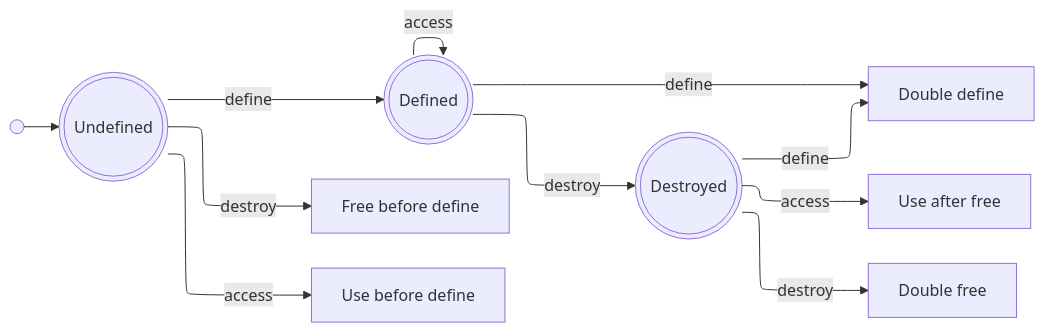
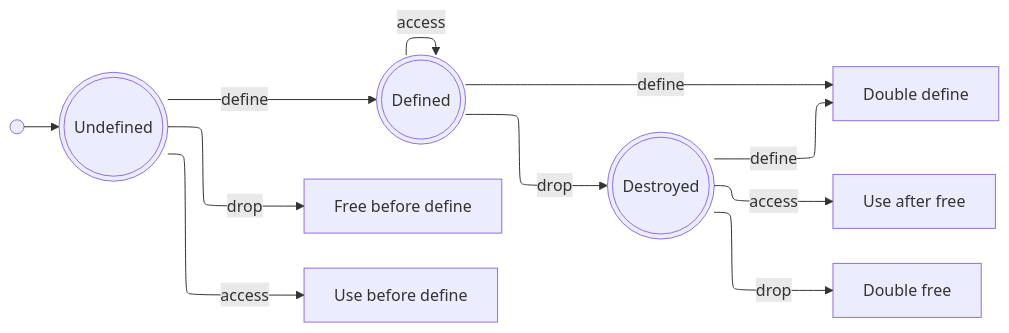
One commit to mnikander/ir changed the diagram in doc/design.md. Above: the diagram before and after it, drawn with Mermaid. The commit also changed other lines of this file, not shown here.

````diff
--- a/doc/design.md
+++ b/doc/design.md
@@ -55,23 +67,23 @@
 ```mermaid
 %%{ init: { 'flowchart': {'defaultRenderer': 'elk' } } }%%
 flowchart LR;
     Z@{ shape: sm-circ, label: "Small start" }
     A(((Undefined)));
     B(((Defined)));
     C(((Destroyed)));
     AF[Free before define];
     AU[Use before define];
     BD[Double define];
     CU[Use after free];
     CF[Double free];
     Z --> A;
-    A -->|destroy| AF;
-    B -->|destroy| C;
-    C -->|destroy| CF;
+    A -->|drop| AF;
+    B -->|drop| C;
+    C -->|drop| CF;
     A -->|define| B;
     B -->|define| BD;
     C -->|define| BD;
     A -->|access| AU;
     B -->|access| B;
     C -->|access| CU;
 ```
````
